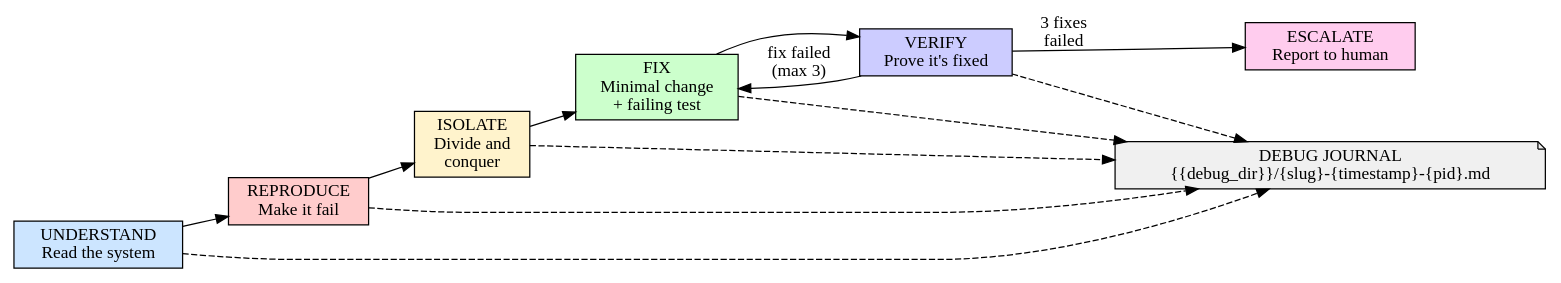
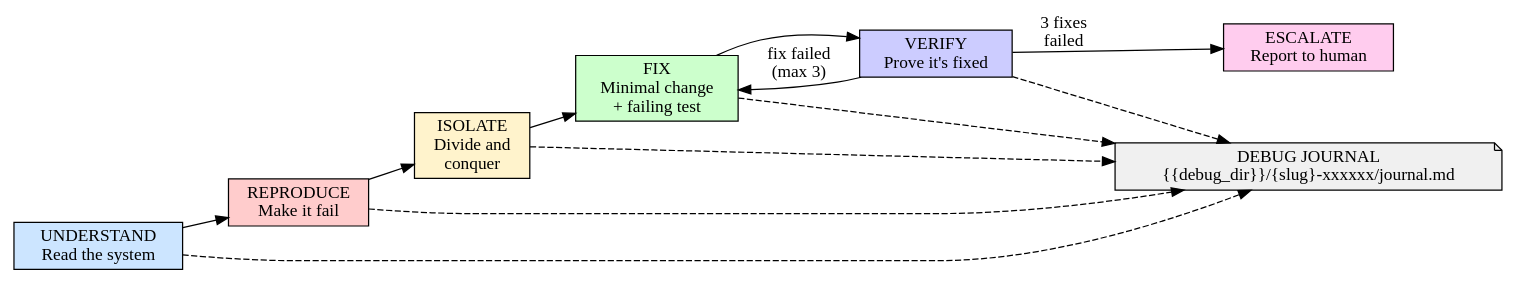
One commit to etr/groundwork changed the diagram in skills/debug/SKILL.md. Above: the diagram before and after it, drawn with Graphviz. The commit also changed other lines of this file and 4 other files, not shown here.

````diff
--- a/skills/debug/SKILL.md
+++ b/skills/debug/SKILL.md
@@ -76,25 +76,25 @@
 ```dot
 digraph debugging {
     rankdir=LR;
     understand [label="UNDERSTAND\nRead the system", shape=box, style=filled, fillcolor="#cce5ff"];
     reproduce [label="REPRODUCE\nMake it fail", shape=box, style=filled, fillcolor="#ffcccc"];
     isolate [label="ISOLATE\nDivide and\nconquer", shape=box, style=filled, fillcolor="#fff3cc"];
     fix [label="FIX\nMinimal change\n+ failing test", shape=box, style=filled, fillcolor="#ccffcc"];
     verify [label="VERIFY\nProve it's fixed", shape=box, style=filled, fillcolor="#ccccff"];
     escalate [label="ESCALATE\nReport to human", shape=box, style=filled, fillcolor="#ffccee"];
-    journal [label="DEBUG JOURNAL\n{{debug_dir}}/{slug}-{timestamp}-{pid}.md", shape=note, style=filled, fillcolor="#f0f0f0"];
+    journal [label="DEBUG JOURNAL\n{{debug_dir}}/{slug}-xxxxxx/journal.md", shape=note, style=filled, fillcolor="#f0f0f0"];
 
     understand -> reproduce;
     reproduce -> isolate;
     isolate -> fix;
     fix -> verify;
     verify -> fix [label="fix failed\n(max 3)"];
     verify -> escalate [label="3 fixes\nfailed"];
 
     understand -> journal [style=dashed];
     reproduce -> journal [style=dashed];
     isolate -> journal [style=dashed];
     fix -> journal [style=dashed];
     verify -> journal [style=dashed];
 }
 ```
````
